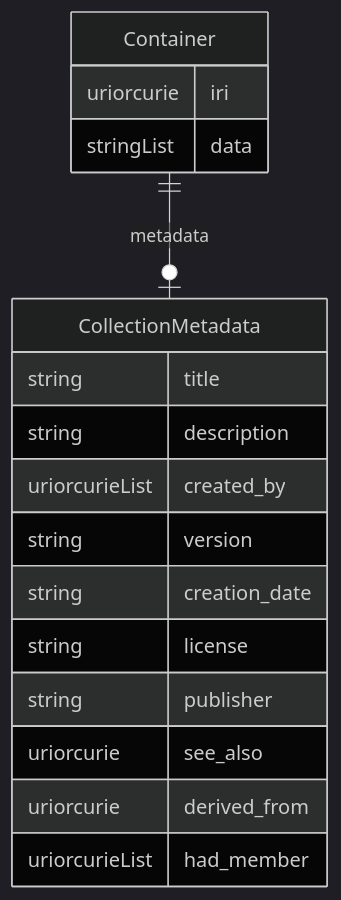
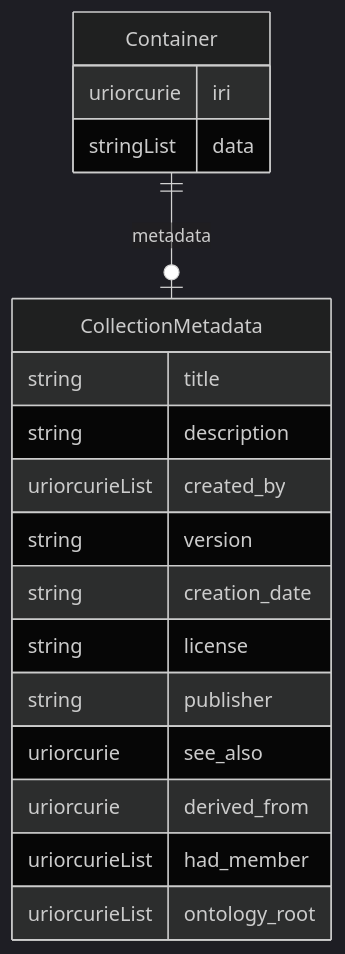
Before and after one commit to hubmapconsortium/hra-do-processor: the fourth of 11 diagrams in er-diagrams.md, drawn with Mermaid (dark theme). The commit also changed 3 other files, not shown here.

````diff
--- a/er-diagrams.md
+++ b/er-diagrams.md
@@ -210,22 +210,23 @@
 ```mermaid
 erDiagram
 Container {
     uriorcurie iri  
     stringList data  
 }
 CollectionMetadata {
     string title  
     string description  
     uriorcurieList created_by  
     string version  
     string creation_date  
     string license  
     string publisher  
     uriorcurie see_also  
     uriorcurie derived_from  
     uriorcurieList had_member  
+    uriorcurieList ontology_root  
 }
 
 Container ||--|o CollectionMetadata : "metadata"
 
 ```
````
